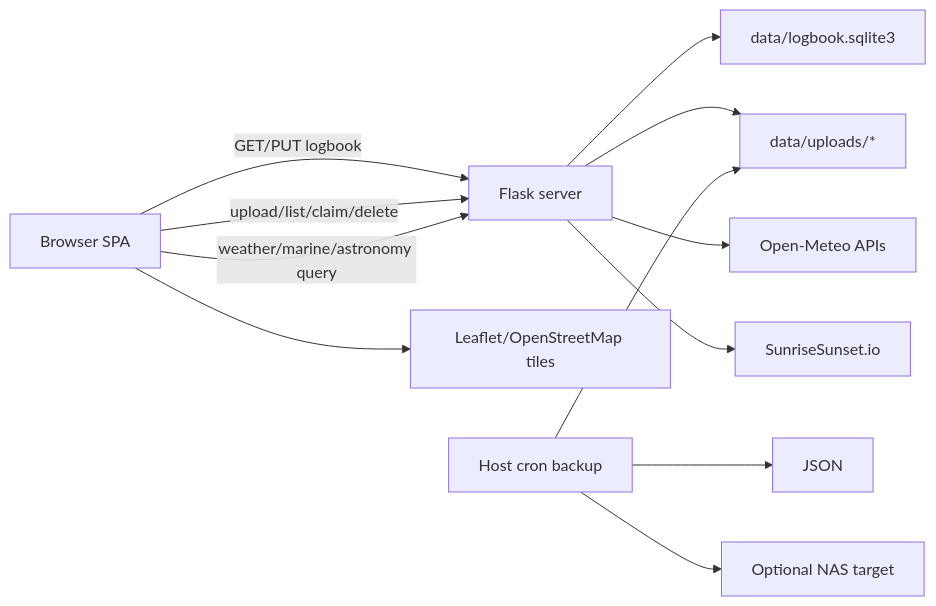
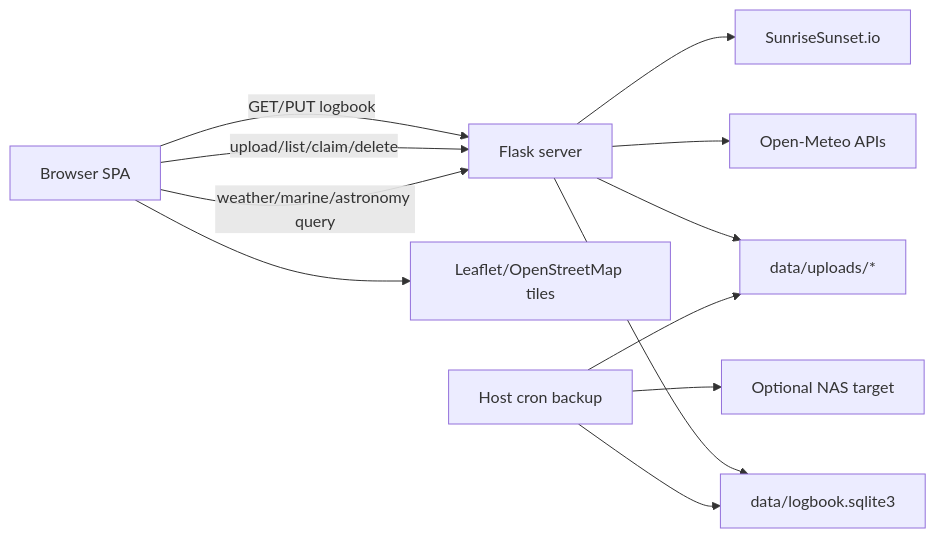
Before and after one commit to cacher300/Selfhostable-Fishing-Logbook: the diagram in docs/ARCHITECTURE.md, drawn with Mermaid. The commit also changed other lines of this file and 15 other files, not shown here.

````diff
--- a/docs/ARCHITECTURE.md
+++ b/docs/ARCHITECTURE.md
@@ -7,14 +7,14 @@
 ```mermaid
 flowchart LR
   Browser["Browser SPA"] -->|"GET/PUT logbook"| Flask["Flask server"]
   Browser -->|"upload/list/claim/delete"| Flask
   Browser -->|"weather/marine/astronomy query"| Flask
   Flask --> SQLite["data/logbook.sqlite3"]
   Flask --> Media["data/uploads/*"]
   Flask --> OM["Open-Meteo APIs"]
   Flask --> SS["SunriseSunset.io"]
   Browser --> Tiles["Leaflet/OpenStreetMap tiles"]
-  Backup["Host cron backup"] --> JSON
+  Backup["Host cron backup"] --> SQLite
   Backup --> Media
   Backup --> NAS["Optional NAS target"]
 ```
````
